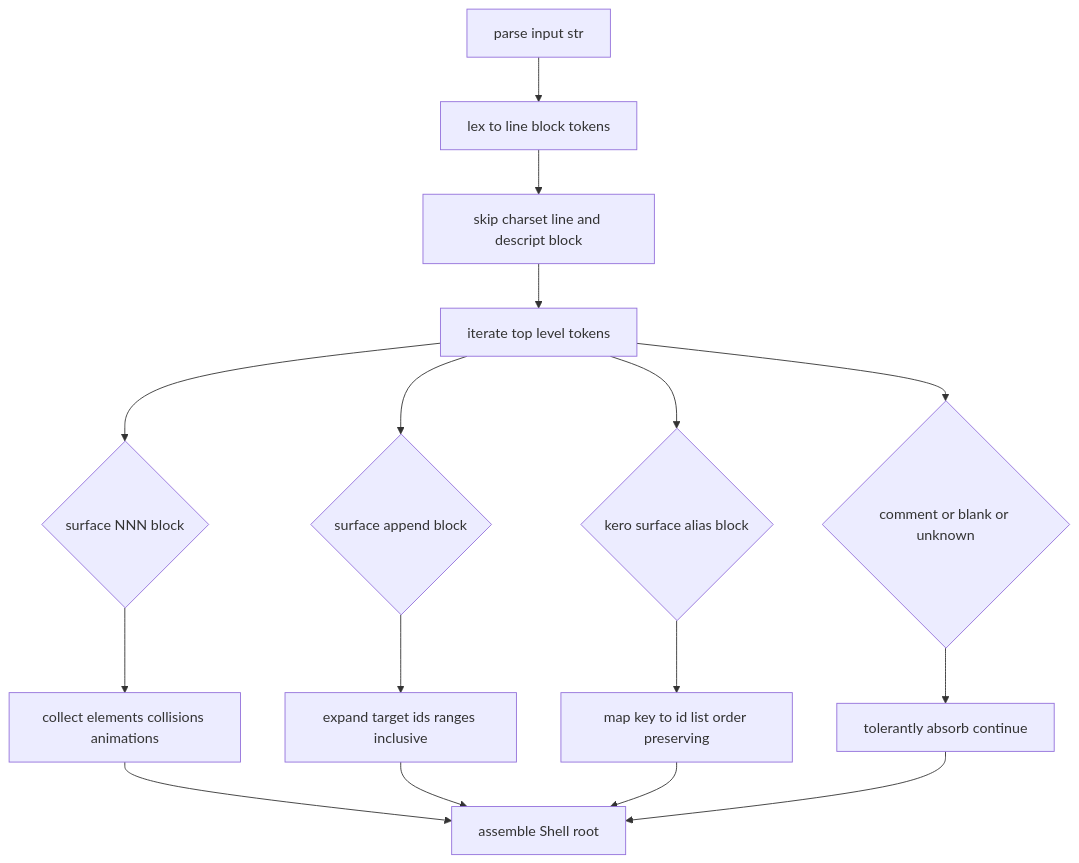
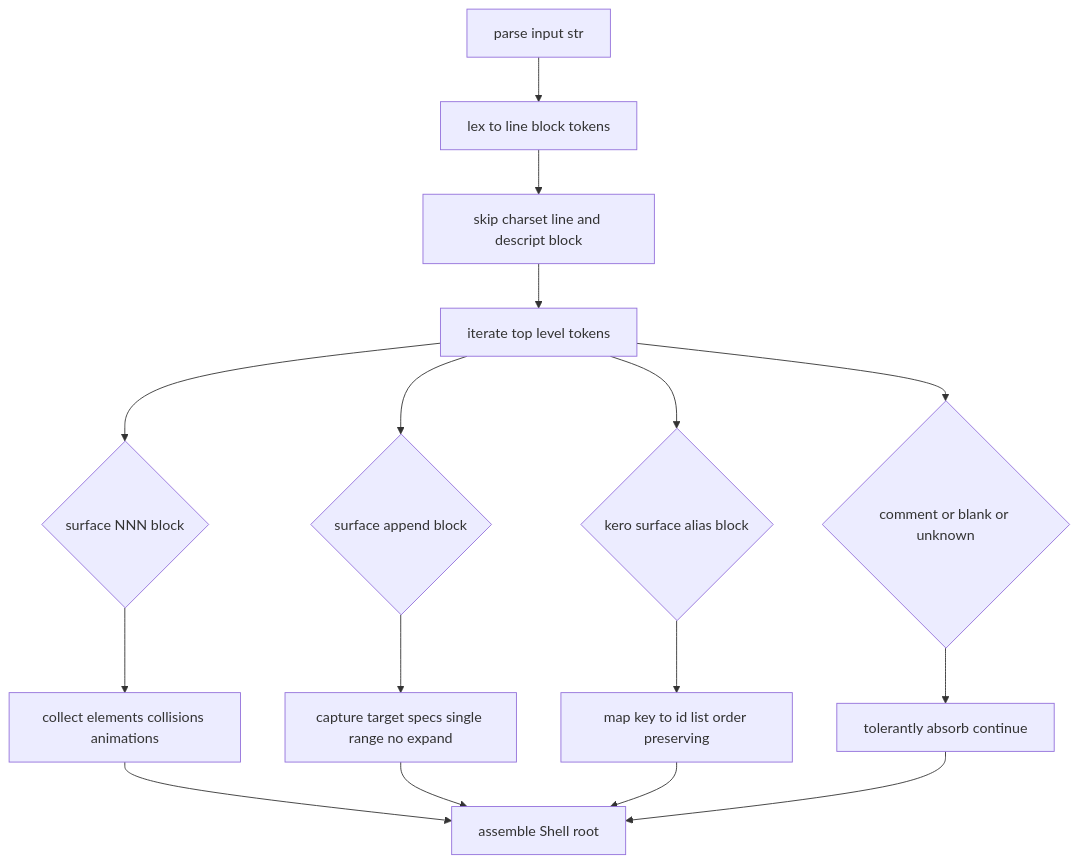
Before and after one commit to ekicyou/areka: the second of 2 diagrams in .kiro/specs/areka-P0-shell-parse/design.md, drawn with Mermaid. The commit also changed other lines of this file and 3 other files, not shown here.

Commit message:
docs(areka-P0-shell-parse): resolve design discussion #1 - surface.append targets kept as descriptors (parse transcribes, tree-builder expands)

````diff
--- a/.kiro/specs/areka-P0-shell-parse/design.md
+++ b/.kiro/specs/areka-P0-shell-parse/design.md
@@ -148,32 +149,32 @@
 ```mermaid
 graph TB
     Start[parse input str]
     Lex[lex to line block tokens]
     Skip[skip charset line and descript block]
     Iterate[iterate top level tokens]
     SurfaceBlock{surface NNN block}
     AppendBlock{surface append block}
     AliasBlock{kero surface alias block}
     Comment{comment or blank or unknown}
     BuildSurface[collect elements collisions animations]
-    ExpandTargets[expand target ids ranges inclusive]
+    CaptureTargets[capture target specs single range no expand]
     MapAlias[map key to id list order preserving]
     Absorb[tolerantly absorb continue]
     Assemble[assemble Shell root]
 
     Start --> Lex
     Lex --> Skip
     Skip --> Iterate
     Iterate --> SurfaceBlock
     Iterate --> AppendBlock
     Iterate --> AliasBlock
     Iterate --> Comment
     SurfaceBlock --> BuildSurface
-    AppendBlock --> ExpandTargets
+    AppendBlock --> CaptureTargets
     AliasBlock --> MapAlias
     Comment --> Absorb
     BuildSurface --> Assemble
-    ExpandTargets --> Assemble
+    CaptureTargets --> Assemble
     MapAlias --> Assemble
     Absorb --> Assemble
 ```
````
